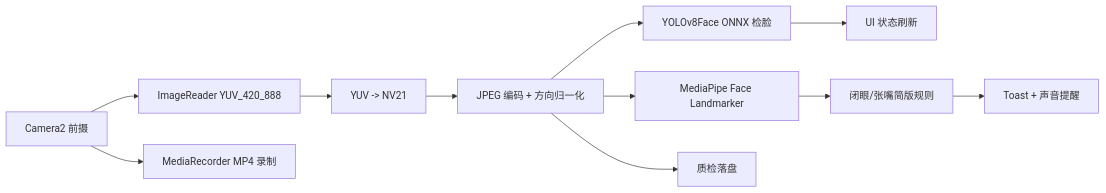
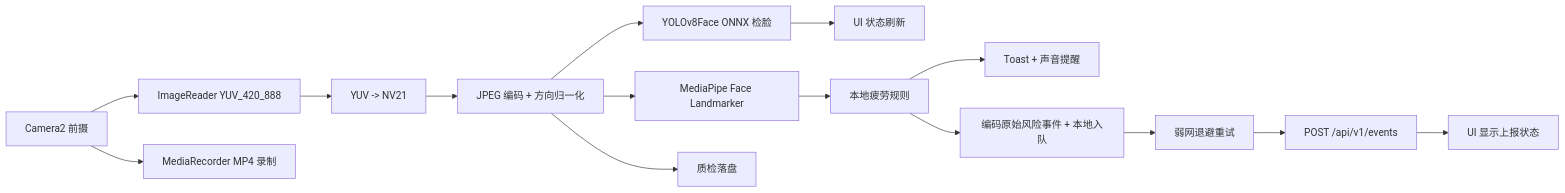
Before and after one commit to hEzzz1/DriveEdge: the diagram in docs/current-android-local-fatigue.md, drawn with Mermaid. The commit also changed other lines of this file and 11 other files, not shown here.

````diff
--- a/docs/current-android-local-fatigue.md
+++ b/docs/current-android-local-fatigue.md
@@ -32,13 +35,17 @@
 ```mermaid
 flowchart LR
     cam["Camera2 前摄"] --> reader["ImageReader YUV_420_888"]
     reader --> nv21["YUV -> NV21"]
     nv21 --> jpeg["JPEG 编码 + 方向归一化"]
     jpeg --> face["YOLOv8Face ONNX 检脸"]
     jpeg --> mp["MediaPipe Face Landmarker"]
     face --> ui["UI 状态刷新"]
-    mp --> judge["闭眼/张嘴简版规则"]
+    mp --> judge["本地疲劳规则"]
     judge --> alert["Toast + 声音提醒"]
+    judge --> ingest["编码原始风险事件 + 本地入队"]
+    ingest --> retry["弱网退避重试"]
+    retry --> server["POST /api/v1/events"]
+    server --> uiNet["UI 显示上报状态"]
     jpeg --> dump["质检落盘"]
     cam --> record["MediaRecorder MP4 录制"]
 ```
````
